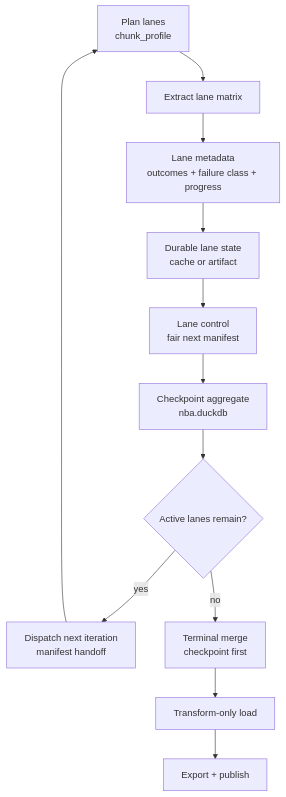
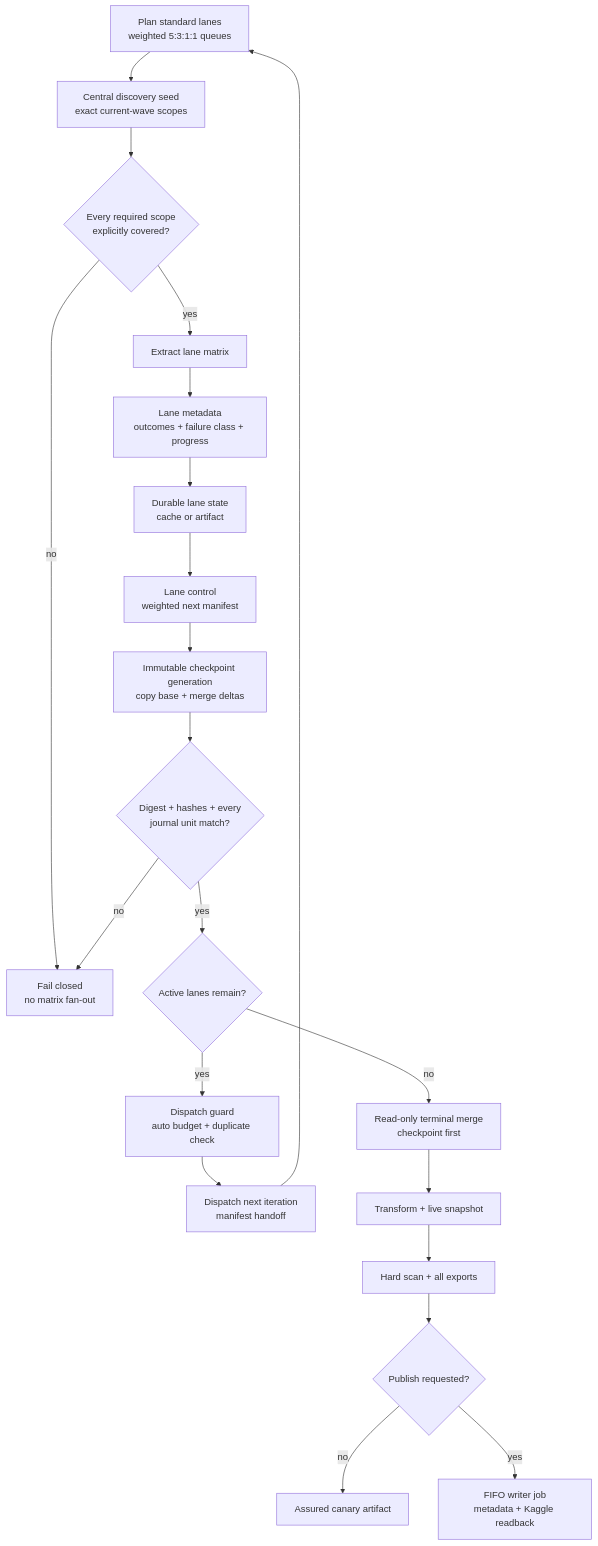
Before and after one commit to wyattowalsh/nbadb: the second of 2 diagrams in docs/content/docs/diagrams/pipeline-flow.mdx, drawn with Mermaid. The commit also changed other lines of this file and 5 other files, not shown here.

````diff
--- a/docs/content/docs/diagrams/pipeline-flow.mdx
+++ b/docs/content/docs/diagrams/pipeline-flow.mdx
@@ -135,14 +142,23 @@
 ```mermaid
 flowchart TD
-    Plan["Plan lanes\nchunk_profile"] --> ExtractMatrix["Extract lane matrix"]
+    Plan["Plan standard lanes\nweighted 5:3:1:1 queues"] --> Discovery["Central discovery seed\nexact current-wave scopes"]
+    Discovery --> ScopeGate{"Every required scope\nexplicitly covered?"}
+    ScopeGate -->|no| Stop["Fail closed\nno matrix fan-out"]
+    ScopeGate -->|yes| ExtractMatrix["Extract lane matrix"]
     ExtractMatrix --> LaneMetadata["Lane metadata\noutcomes + failure class + progress"]
     LaneMetadata --> LaneState["Durable lane state\ncache or artifact"]
-    LaneState --> LaneControl["Lane control\nfair next manifest"]
-    LaneControl --> Checkpoint["Checkpoint aggregate\nnba.duckdb"]
-    Checkpoint --> Decision{"Active lanes remain?"}
-    Decision -->|yes| Dispatch["Dispatch next iteration\nmanifest handoff"]
+    LaneState --> LaneControl["Lane control\nweighted next manifest"]
+    LaneControl --> Checkpoint["Immutable checkpoint generation\ncopy base + merge deltas"]
+    Checkpoint --> IdentityGate{"Digest + hashes + every\njournal unit match?"}
+    IdentityGate -->|no| Stop
+    IdentityGate -->|yes| Decision{"Active lanes remain?"}
+    Decision -->|yes| DispatchGuard["Dispatch guard\nauto budget + duplicate check"]
+    DispatchGuard --> Dispatch["Dispatch next iteration\nmanifest handoff"]
     Dispatch --> Plan
-    Decision -->|no| Merge["Terminal merge\ncheckpoint first"]
-    Merge --> TransformOnly["Transform-only load"]
-    TransformOnly --> ExportAll["Export + publish"]
+    Decision -->|no| Merge["Read-only terminal merge\ncheckpoint first"]
+    Merge --> TransformOnly["Transform + live snapshot"]
+    TransformOnly --> ExportAll["Hard scan + all exports"]
+    ExportAll --> PublishChoice{"Publish requested?"}
+    PublishChoice -->|no| Canary["Assured canary artifact"]
+    PublishChoice -->|yes| Publish["FIFO writer job\nmetadata + Kaggle readback"]
 ```
````
